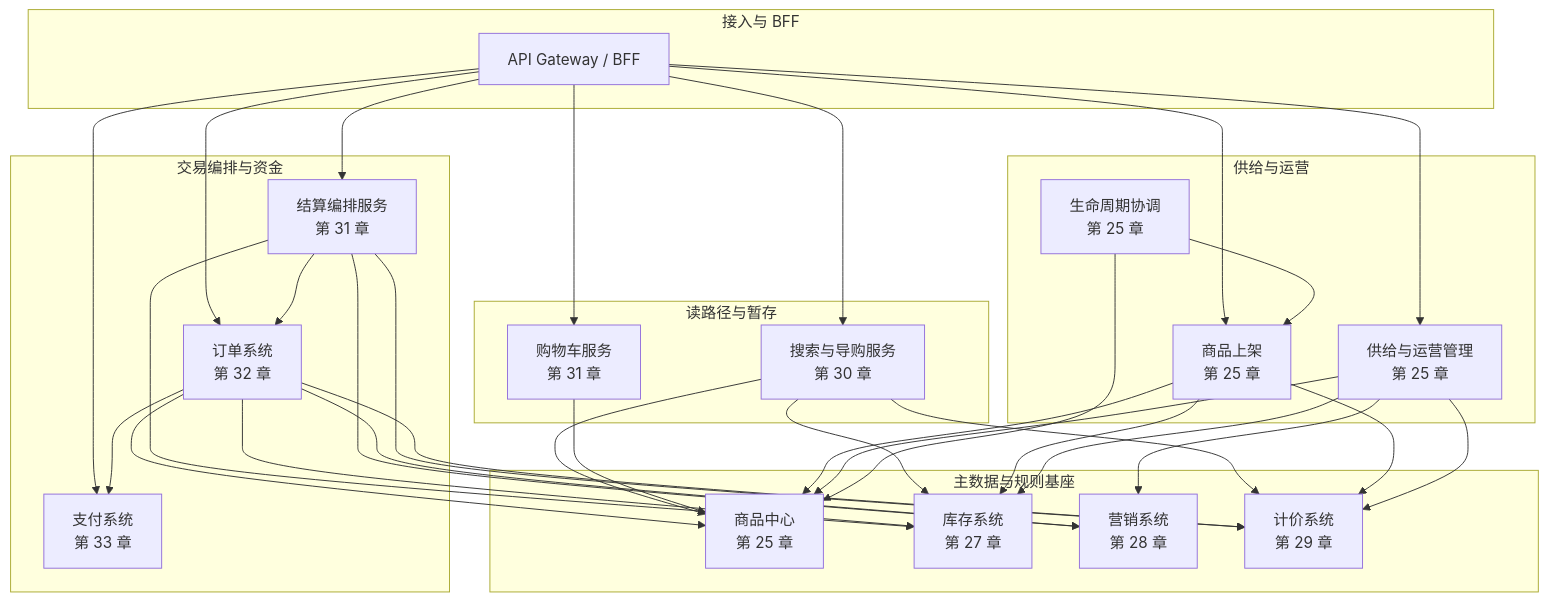
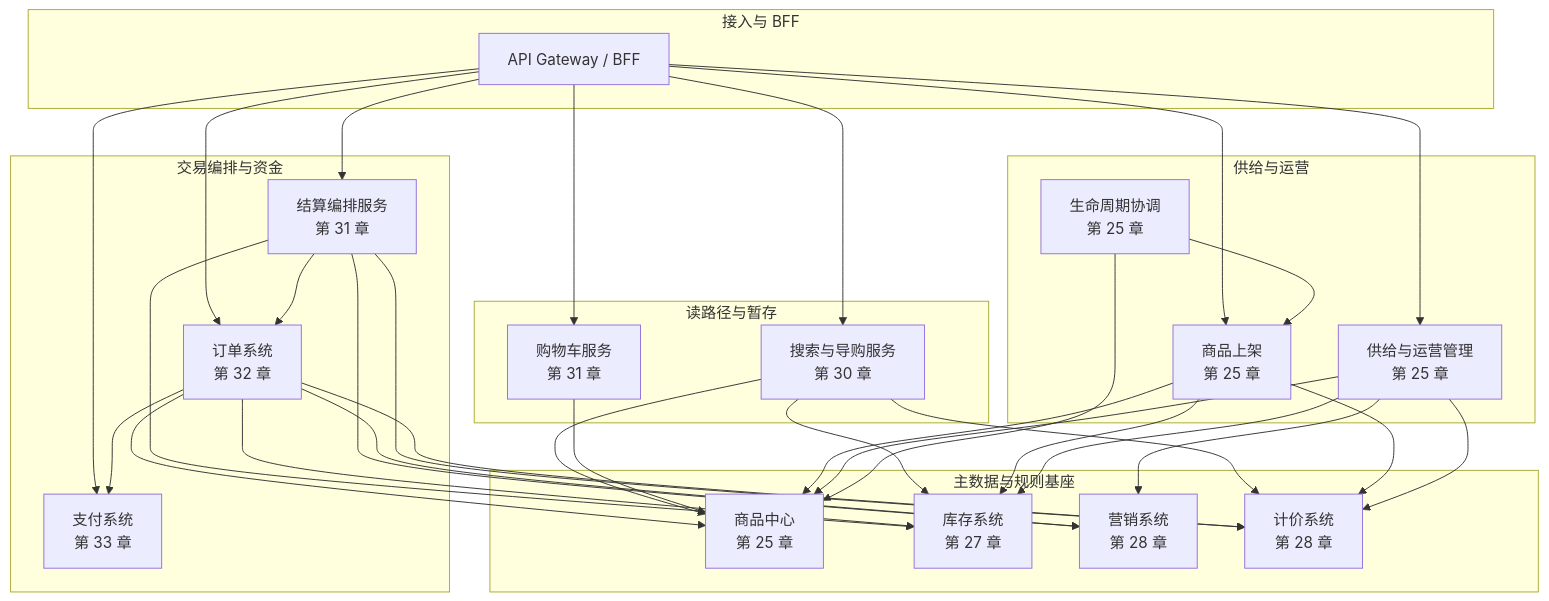
One commit to wxquare/wxquare.github.io changed the third of 9 diagrams in books/system-design-primer/src/part03/01-ecommerce-overview.md. Above: the diagram before and after it, drawn with Mermaid. The commit also changed other lines of this file and 13 other files, not shown here.

````diff
--- a/books/system-design-primer/src/part03/01-ecommerce-overview.md
+++ b/books/system-design-primer/src/part03/01-ecommerce-overview.md
@@ -166,64 +166,64 @@
 ```mermaid
 flowchart TB
   subgraph L0["接入与 BFF"]
     GW[API Gateway / BFF]
   end
 
   subgraph L_read["读路径与暂存"]
     SearchSvc["搜索与导购服务<br/>第 30 章"]
     CartSvc["购物车服务<br/>第 31 章"]
   end
 
   subgraph L_data["主数据与规则基座"]
     ProductSvc["商品中心<br/>第 25 章"]
     InvSvc["库存系统<br/>第 27 章"]
     MktSvc["营销系统<br/>第 28 章"]
-    PriceSvc["计价系统<br/>第 29 章"]
+    PriceSvc["计价系统<br/>第 28 章"]
   end
 
   subgraph L_trade["交易编排与资金"]
     CheckoutSvc["结算编排服务<br/>第 31 章"]
     OrderSvc["订单系统<br/>第 32 章"]
     PaySvc["支付系统<br/>第 33 章"]
   end
 
   subgraph L_supply["供给与运营"]
     ListingSvc["商品上架<br/>第 25 章"]
     OpsSvc["供给与运营管理<br/>第 25 章"]
     LifeSvc["生命周期协调<br/>第 25 章"]
   end
 
   GW --> SearchSvc
   GW --> CartSvc
   GW --> CheckoutSvc
   GW --> OrderSvc
   GW --> PaySvc
   GW --> ListingSvc
   GW --> OpsSvc
 
   SearchSvc --> ProductSvc
   SearchSvc --> InvSvc
   SearchSvc --> PriceSvc
   CartSvc --> ProductSvc
 
   CheckoutSvc --> PriceSvc
   CheckoutSvc --> InvSvc
   CheckoutSvc --> MktSvc
   CheckoutSvc --> OrderSvc
 
   OrderSvc --> ProductSvc
   OrderSvc --> InvSvc
   OrderSvc --> MktSvc
   OrderSvc --> PriceSvc
   OrderSvc --> PaySvc
 
   ListingSvc --> ProductSvc
   ListingSvc --> InvSvc
   ListingSvc --> PriceSvc
   OpsSvc --> ProductSvc
   OpsSvc --> InvSvc
   OpsSvc --> MktSvc
   OpsSvc --> PriceSvc
   LifeSvc --> ProductSvc
   LifeSvc --> ListingSvc
 ```
````
